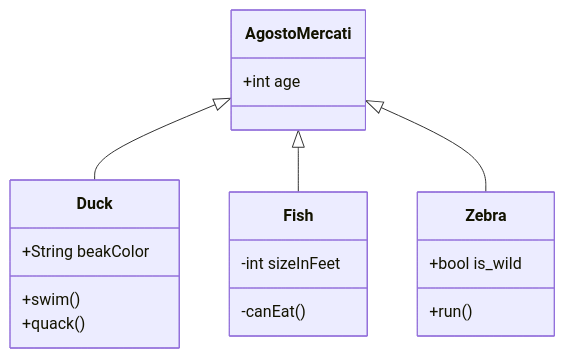
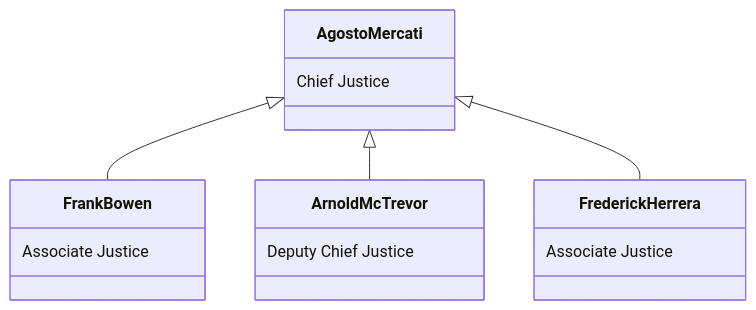
One commit to NotKaarlo/State-of-San-Andreas changed the diagram in README.md. Above: the diagram before and after it, drawn with Mermaid.

````diff
--- a/README.md
+++ b/README.md
@@ -25,20 +25,16 @@
 ```mermaid
 classDiagram
-      Agosto Mercati <|-- Duck
-      Agosto Mercati <|-- Fish
-      Agosto Mercati <|-- Zebra
-      Agosto Mercati : +int age
-      class Duck{
-          +String beakColor
-          +swim()
-          +quack()
+      Agosto Mercati <|-- Frank Bowen
+      Agosto Mercati <|-- Arnold McTrevor
+      Agosto Mercati <|-- Frederick Herrera
+      Agosto Mercati : Chief Justice
+      class Frank Bowen{
+          Associate Justice
       }
-      class Fish{
-          -int sizeInFeet
-          -canEat()
+      class Arnold McTrevor{
+          Deputy Chief Justice
       }
-      class Zebra{
-          +bool is_wild
-          +run()
+      class Frederick Herrera{
+          Associate Justice
       }
 ```
````
